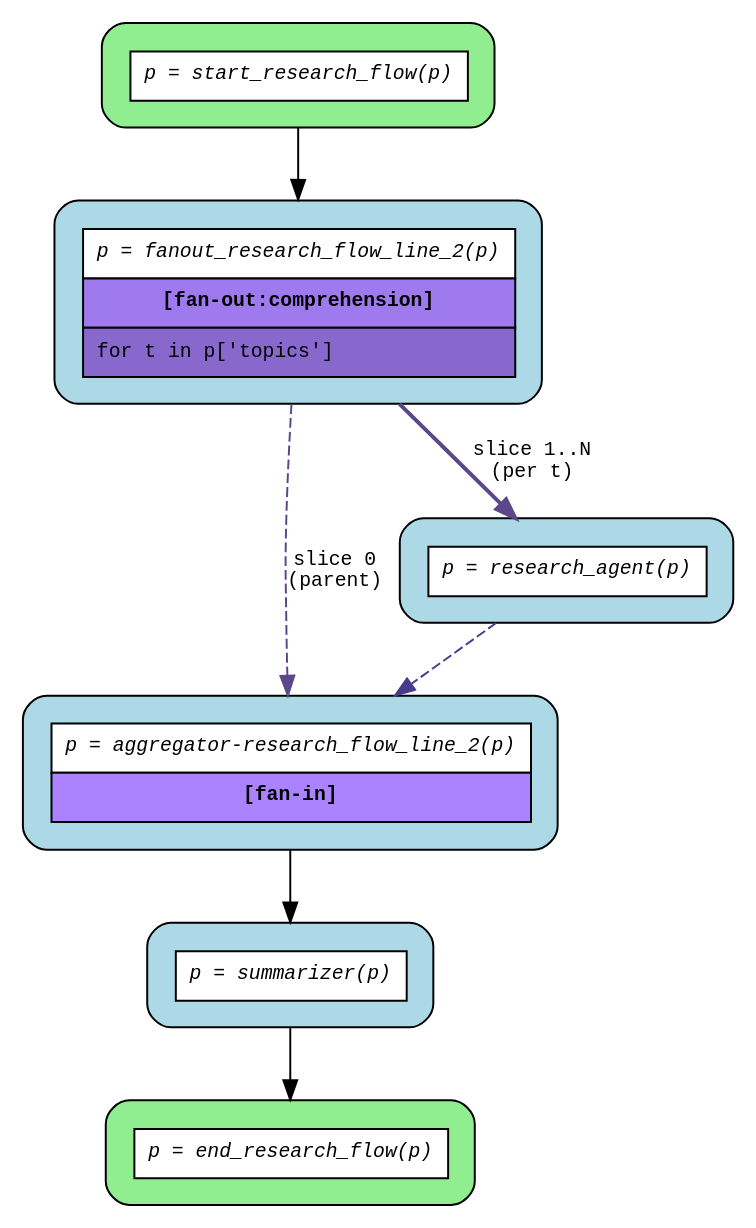
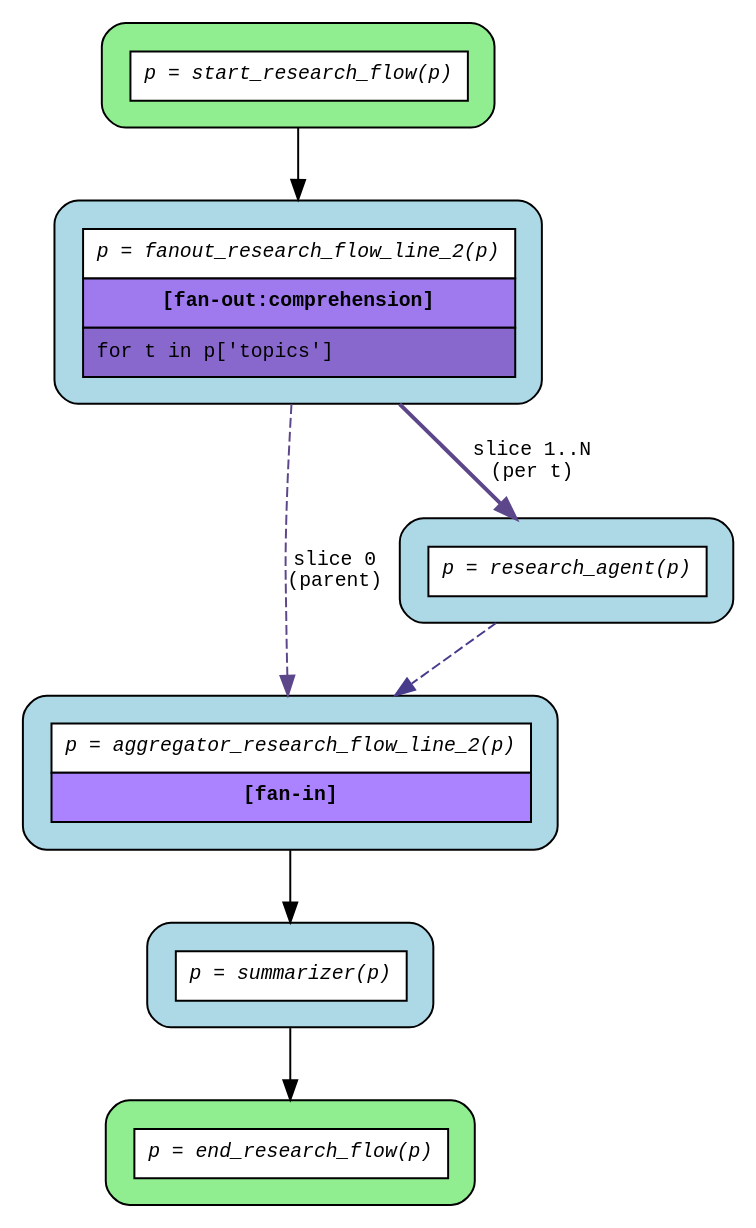
Before and after one commit to deliveryhero/asya: the diagram in src/asya-testing/asya_testing/flows/research_flow/compiled/flow.dot, drawn with Graphviz. The commit also changed 21 other files, not shown here.

```diff
--- a/src/asya-testing/asya_testing/flows/research_flow/compiled/flow.dot
+++ b/src/asya-testing/asya_testing/flows/research_flow/compiled/flow.dot
@@ -1,20 +1,20 @@
 digraph flow {
   rankdir=TB;
   graph [fontname="Courier", fontsize=10];
   node [fontname="Courier", fontsize=10, shape=box, style="filled,rounded", margin="0.2"];
   edge [fontname="Courier", fontsize=10];
 
   start_research_flow [fillcolor="lightgreen", label=<<table border="0" cellspacing="0" cellpadding="6" cellborder="1"><tr><td bgcolor="white" align="center"><i>p = start_research_flow(p)</i></td></tr></table>>];
   fanout_research_flow_line_2 [fillcolor="lightblue", label=<<table border="0" cellspacing="0" cellpadding="6" cellborder="1"><tr><td bgcolor="white" align="center"><i>p = fanout_research_flow_line_2(p)</i></td></tr><tr><td bgcolor="mediumpurple2" align="center"><b>[fan-out:comprehension]</b></td></tr><tr><td bgcolor="mediumpurple3" align="left">for t in p['topics']</td></tr></table>>];
   end_research_flow [fillcolor="lightgreen", label=<<table border="0" cellspacing="0" cellpadding="6" cellborder="1"><tr><td bgcolor="white" align="center"><i>p = end_research_flow(p)</i></td></tr></table>>];
-  aggregator_research_flow_line_2 [fillcolor="lightblue", label=<<table border="0" cellspacing="0" cellpadding="6" cellborder="1"><tr><td bgcolor="white" align="center"><i>p = aggregator-research_flow_line_2(p)</i></td></tr><tr><td bgcolor="mediumpurple1" align="center"><b>[fan-in]</b></td></tr></table>>];
+  aggregator_research_flow_line_2 [fillcolor="lightblue", label=<<table border="0" cellspacing="0" cellpadding="6" cellborder="1"><tr><td bgcolor="white" align="center"><i>p = aggregator_research_flow_line_2(p)</i></td></tr><tr><td bgcolor="mediumpurple1" align="center"><b>[fan-in]</b></td></tr></table>>];
   research_agent [fillcolor="lightblue", label=<<table border="0" cellspacing="0" cellpadding="6" cellborder="1"><tr><td bgcolor="white" align="center"><i>p = research_agent(p)</i></td></tr></table>>];
   summarizer [fillcolor="lightblue", label=<<table border="0" cellspacing="0" cellpadding="6" cellborder="1"><tr><td bgcolor="white" align="center"><i>p = summarizer(p)</i></td></tr></table>>];
 
   aggregator_research_flow_line_2 -> summarizer;
   fanout_research_flow_line_2 -> aggregator_research_flow_line_2 [color=mediumpurple4, label="slice 0\n(parent)", style=dashed];
   fanout_research_flow_line_2 -> research_agent [color=mediumpurple4, label="slice 1..N\n(per t)", style=bold];
   research_agent -> aggregator_research_flow_line_2 [color=slateblue4, style=dashed];
   start_research_flow -> fanout_research_flow_line_2;
   summarizer -> end_research_flow;
 }
```
